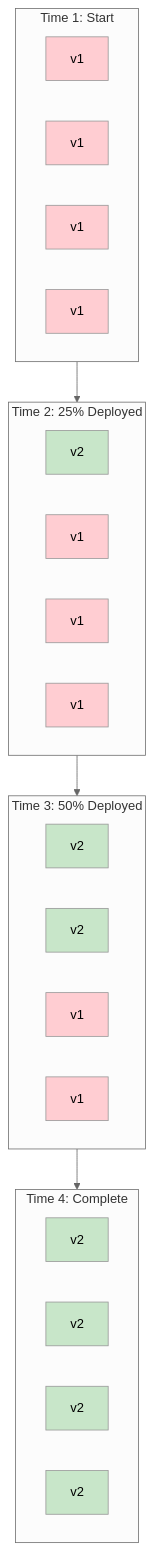
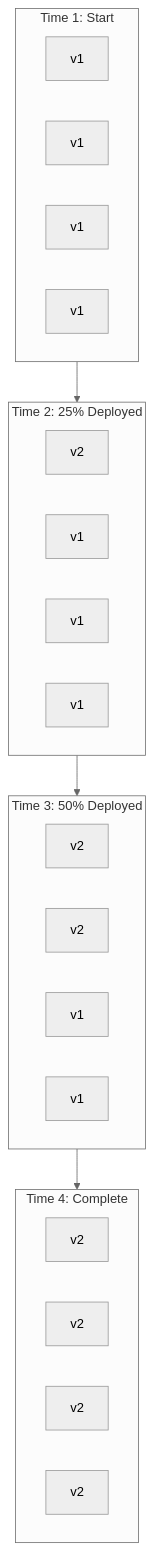
Before and after one commit to shivam-g-mishra/blog: the fourth of 10 diagrams in docs/cicd/deployment-strategies.md, drawn with Mermaid. The commit also changed other lines of this file and 23 other files, not shown here.

First line of the commit message:
fix: improve Mermaid diagram visibility in dark mode

````diff
--- a/docs/cicd/deployment-strategies.md
+++ b/docs/cicd/deployment-strategies.md
@@ -143,54 +132,37 @@
 ```mermaid
 %%{init: {'theme': 'neutral'}}%%
 flowchart TB
     subgraph t1["Time 1: Start"]
         direction LR
         A1[v1] 
         A2[v1] 
         A3[v1] 
         A4[v1]
     end
     
     subgraph t2["Time 2: 25% Deployed"]
         direction LR
         B1[v2] 
         B2[v1] 
         B3[v1] 
         B4[v1]
     end
     
     subgraph t3["Time 3: 50% Deployed"]
         direction LR
         C1[v2] 
         C2[v2] 
         C3[v1] 
         C4[v1]
     end
     
     subgraph t4["Time 4: Complete"]
         direction LR
         D1[v2] 
         D2[v2] 
         D3[v2] 
         D4[v2]
     end
     
     t1 --> t2 --> t3 --> t4
-    
-    style A1 fill:#ffcdd2
-    style A2 fill:#ffcdd2
-    style A3 fill:#ffcdd2
-    style A4 fill:#ffcdd2
-    style B1 fill:#c8e6c9
-    style B2 fill:#ffcdd2
-    style B3 fill:#ffcdd2
-    style B4 fill:#ffcdd2
-    style C1 fill:#c8e6c9
-    style C2 fill:#c8e6c9
-    style C3 fill:#ffcdd2
-    style C4 fill:#ffcdd2
-    style D1 fill:#c8e6c9
-    style D2 fill:#c8e6c9
-    style D3 fill:#c8e6c9
-    style D4 fill:#c8e6c9
 ```
````
